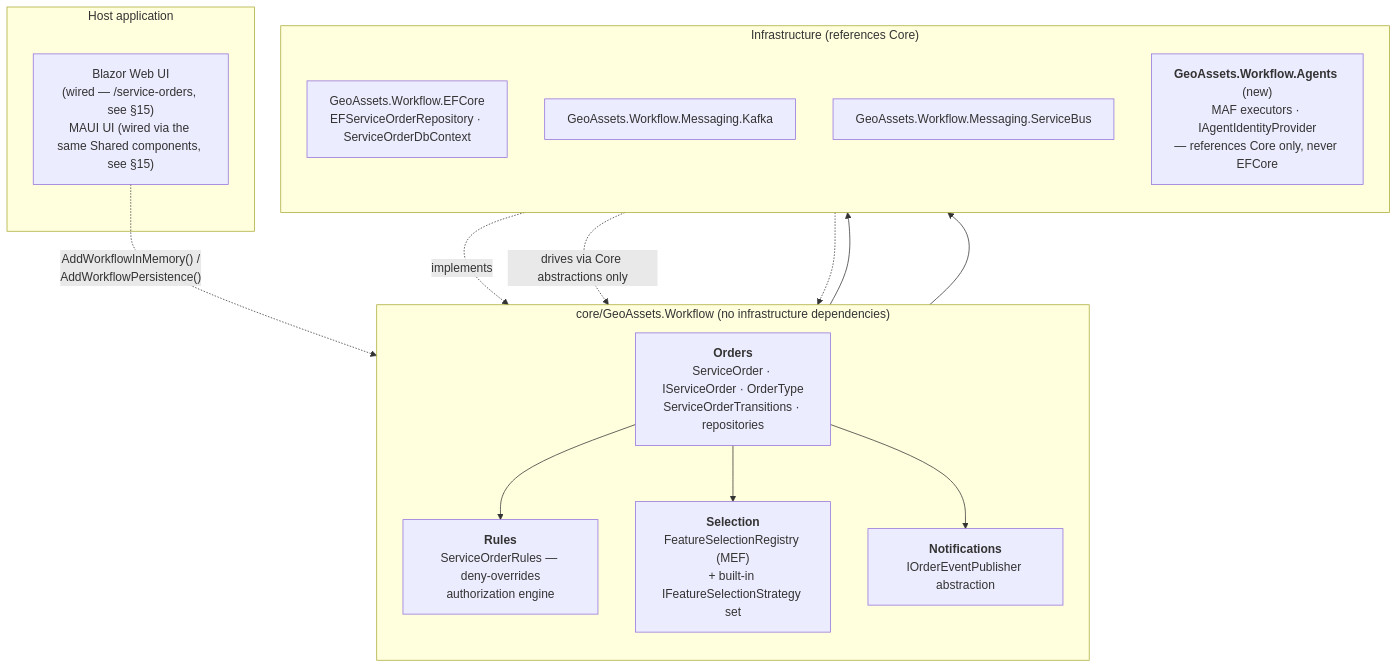
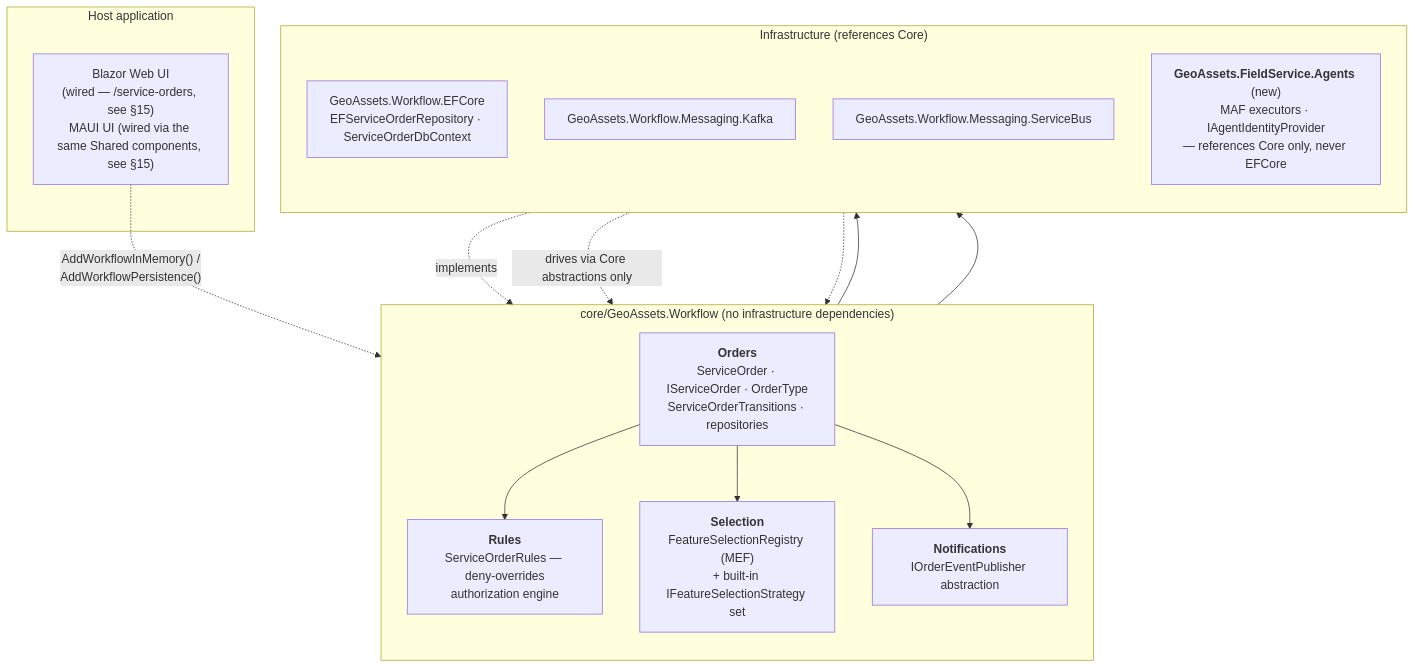
Before and after one commit to yuniorsf/GeoAssets: the first of 10 diagrams in ServiceOrder.md, drawn with Mermaid. The commit also changed other lines of this file and 105 other files, not shown here.

First line of the commit message:
refactor(field-service): move the dispatch agents into the FieldService vertical as GeoAssets.FieldService.Agents; the chassis ratchet has no out-of-scope project (XD01-399)

````diff
--- a/ServiceOrder.md
+++ b/ServiceOrder.md
@@ -40,32 +40,32 @@
 ```mermaid
 flowchart TB
     subgraph Host["Host application"]
         UI["Blazor Web UI<br/>(wired — /service-orders, see §15)<br/>MAUI UI (wired via the same Shared components, see §15)"]
     end
 
     subgraph Core["core/GeoAssets.Workflow  (no infrastructure dependencies)"]
         direction TB
         Orders["<b>Orders</b><br/>ServiceOrder · IServiceOrder · OrderType<br/>ServiceOrderTransitions · repositories"]
         Rules["<b>Rules</b><br/>ServiceOrderRules — deny-overrides<br/>authorization engine"]
         Selection["<b>Selection</b><br/>FeatureSelectionRegistry (MEF)<br/>+ built-in IFeatureSelectionStrategy set"]
         Notifications["<b>Notifications</b><br/>IOrderEventPublisher abstraction"]
     end
 
     subgraph Infra["Infrastructure (references Core)"]
         direction TB
         EFCore["GeoAssets.Workflow.EFCore<br/>EFServiceOrderRepository · ServiceOrderDbContext"]
         Kafka["GeoAssets.Workflow.Messaging.Kafka"]
         SvcBus["GeoAssets.Workflow.Messaging.ServiceBus"]
-        Agents["<b>GeoAssets.Workflow.Agents</b> (new)<br/>MAF executors · IAgentIdentityProvider<br/>— references Core only, never EFCore"]
+        Agents["<b>GeoAssets.FieldService.Agents</b> (new)<br/>MAF executors · IAgentIdentityProvider<br/>— references Core only, never EFCore"]
     end
 
     UI -.->|"AddWorkflowInMemory() /<br/>AddWorkflowPersistence()"| Orders
     Orders --> Rules
     Orders --> Selection
     Orders --> Notifications
     EFCore -.implements.-> Orders
     Notifications --> Kafka
     Notifications --> SvcBus
     Agents -.drives via Core abstractions only.-> Orders
     Agents -.-> Rules
 ```
````
